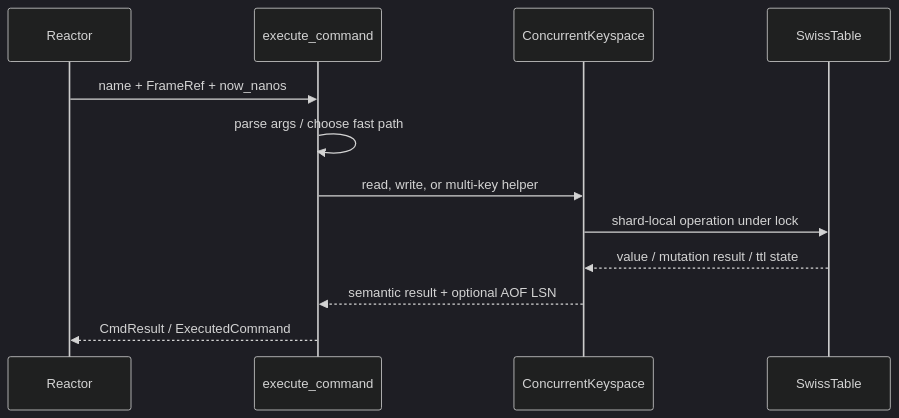
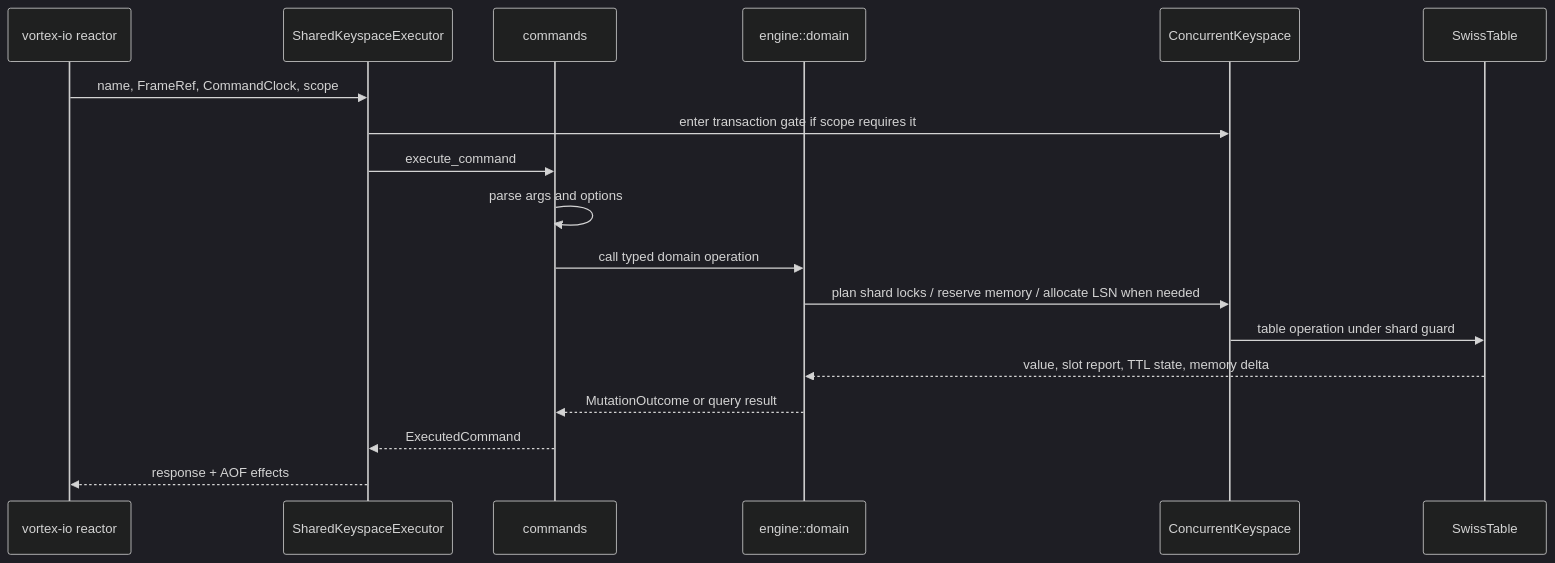
Before and after one commit to kevincaicedo/vortex: the second of 3 diagrams in crates/vortex-engine/docs/01-architecture-overview.md, drawn with Mermaid (dark theme). The commit also changed other lines of this file and 18 other files, not shown here.

````diff
--- a/crates/vortex-engine/docs/01-architecture-overview.md
+++ b/crates/vortex-engine/docs/01-architecture-overview.md
@@ -113,15 +116,21 @@
 ```mermaid
 sequenceDiagram
-    participant Reactor
-    participant Engine as execute_command
-    participant Keyspace as ConcurrentKeyspace
+    participant IO as vortex-io reactor
+    participant Exec as SharedKeyspaceExecutor
+    participant Cmd as commands
+    participant Dom as engine::domain
+    participant KS as ConcurrentKeyspace
     participant Table as SwissTable
 
-    Reactor->>Engine: name + FrameRef + now_nanos
-    Engine->>Engine: parse args / choose fast path
-    Engine->>Keyspace: read, write, or multi-key helper
-    Keyspace->>Table: shard-local operation under lock
-    Table-->>Keyspace: value / mutation result / ttl state
-    Keyspace-->>Engine: semantic result + optional AOF LSN
-    Engine-->>Reactor: CmdResult / ExecutedCommand
+    IO->>Exec: name, FrameRef, CommandClock, scope
+    Exec->>KS: enter transaction gate if scope requires it
+    Exec->>Cmd: execute_command
+    Cmd->>Cmd: parse args and options
+    Cmd->>Dom: call typed domain operation
+    Dom->>KS: plan shard locks / reserve memory / allocate LSN when needed
+    KS->>Table: table operation under shard guard
+    Table-->>Dom: value, slot report, TTL state, memory delta
+    Dom-->>Cmd: MutationOutcome or query result
+    Cmd-->>Exec: ExecutedCommand
+    Exec-->>IO: response + AOF effects
 ```
````
